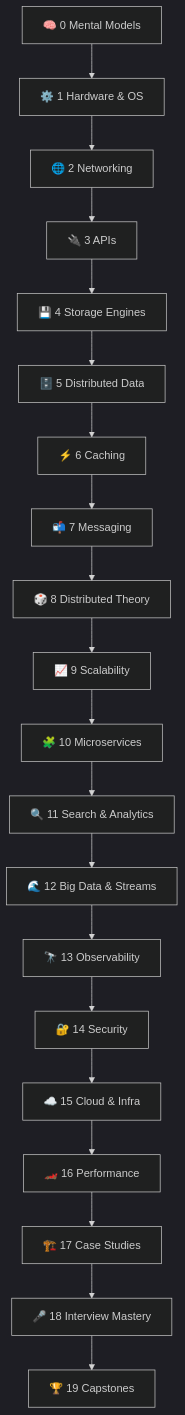
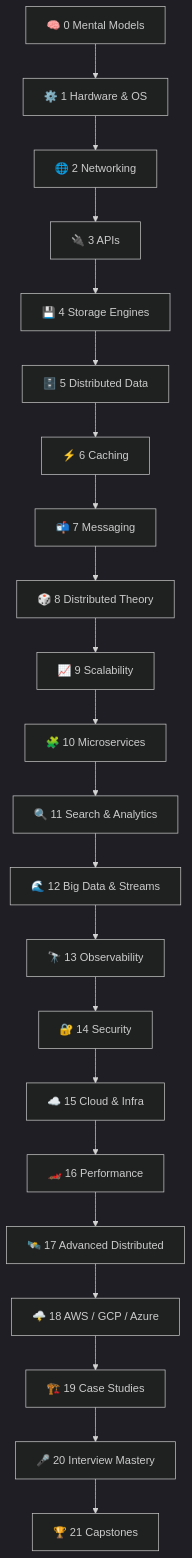
Before and after one commit to sanjaynandanj/system-design-from-scratch: the diagram in README.md, drawn with Mermaid (dark theme). The commit also changed other lines of this file and 25 other files, not shown here.

First line of the commit message:
Add advanced distributed systems, AWS/GCP/Azure catalog, and 6 projects

````diff
--- a/README.md
+++ b/README.md
@@ -45,22 +45,24 @@
 ```mermaid
 flowchart TD
     P0[🧠 0 Mental Models] --> P1[⚙️ 1 Hardware & OS]
     P1 --> P2[🌐 2 Networking]
     P2 --> P3[🔌 3 APIs]
     P3 --> P4[💾 4 Storage Engines]
     P4 --> P5[🗄️ 5 Distributed Data]
     P5 --> P6[⚡ 6 Caching]
     P6 --> P7[📬 7 Messaging]
     P7 --> P8[🎲 8 Distributed Theory]
     P8 --> P9[📈 9 Scalability]
     P9 --> P10[🧩 10 Microservices]
     P10 --> P11[🔍 11 Search & Analytics]
     P11 --> P12[🌊 12 Big Data & Streams]
     P12 --> P13[🔭 13 Observability]
     P13 --> P14[🔐 14 Security]
     P14 --> P15[☁️ 15 Cloud & Infra]
     P15 --> P16[🏎️ 16 Performance]
-    P16 --> P17[🏗️ 17 Case Studies]
-    P17 --> P18[🎤 18 Interview Mastery]
-    P18 --> P19[🏆 19 Capstones]
+    P16 --> P17[🛰️ 17 Advanced Distributed]
+    P17 --> P18[🌩️ 18 AWS / GCP / Azure]
+    P18 --> P19[🏗️ 19 Case Studies]
+    P19 --> P20[🎤 20 Interview Mastery]
+    P20 --> P21[🏆 21 Capstones]
 ```
````
